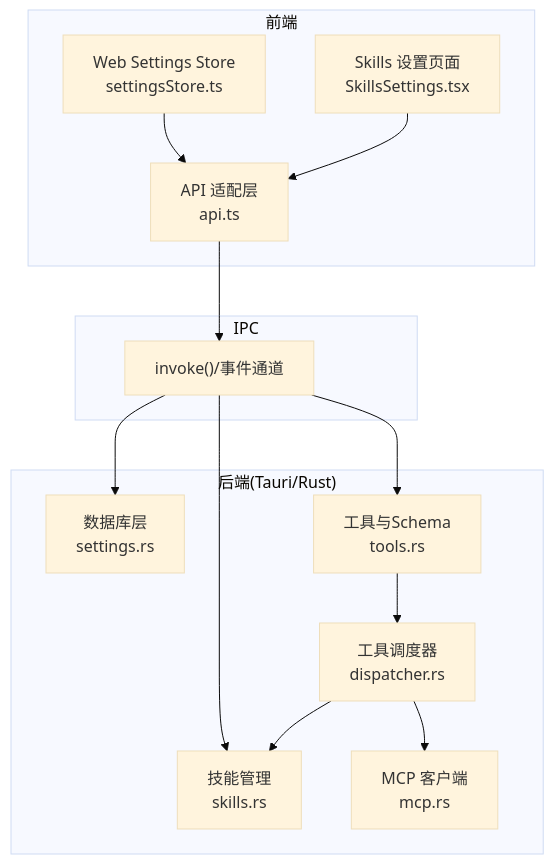
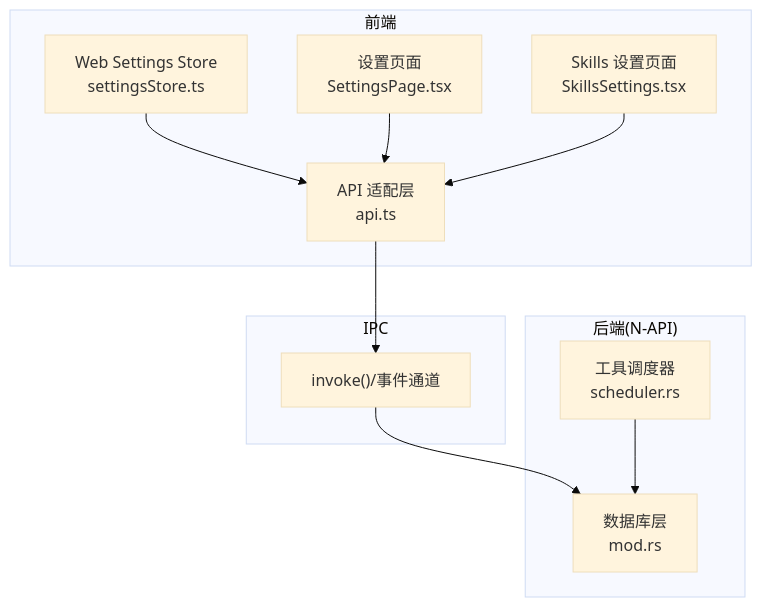
Before and after one commit to baike08/cosurf: the first of 6 diagrams in .qoder/repowiki/zh/content/设置和配置/工具设置.md, drawn with Mermaid (base theme). The commit also changed other lines of this file and 15 other files, not shown here.

````diff
--- a/.qoder/repowiki/zh/content/设置和配置/工具设置.md
+++ b/.qoder/repowiki/zh/content/设置和配置/工具设置.md
@@ -46,27 +51,22 @@
 ```mermaid
 graph TB
 subgraph "前端"
 WS["Web Settings Store<br/>settingsStore.ts"]
-WSS["Skills 设置页面<br/>SkillsSettings.tsx"]
+SP["设置页面<br/>SettingsPage.tsx"]
+SS["Skills 设置页面<br/>SkillsSettings.tsx"]
 API["API 适配层<br/>api.ts"]
 end
 subgraph "IPC"
 INV["invoke()/事件通道"]
 end
-subgraph "后端(Tauri/Rust)"
-DB["数据库层<br/>settings.rs"]
-SK["技能管理<br/>skills.rs"]
-TL["工具与Schema<br/>tools.rs"]
-DP["工具调度器<br/>dispatcher.rs"]
-MC["MCP 客户端<br/>mcp.rs"]
+subgraph "后端(N-API)"
+DB["数据库层<br/>mod.rs"]
+SC["工具调度器<br/>scheduler.rs"]
 end
 WS --> API
-WSS --> API
+SP --> API
+SS --> API
 API --> INV
 INV --> DB
-INV --> SK
-INV --> TL
-TL --> DP
-DP --> SK
-DP --> MC
+SC --> DB
 ```
````
